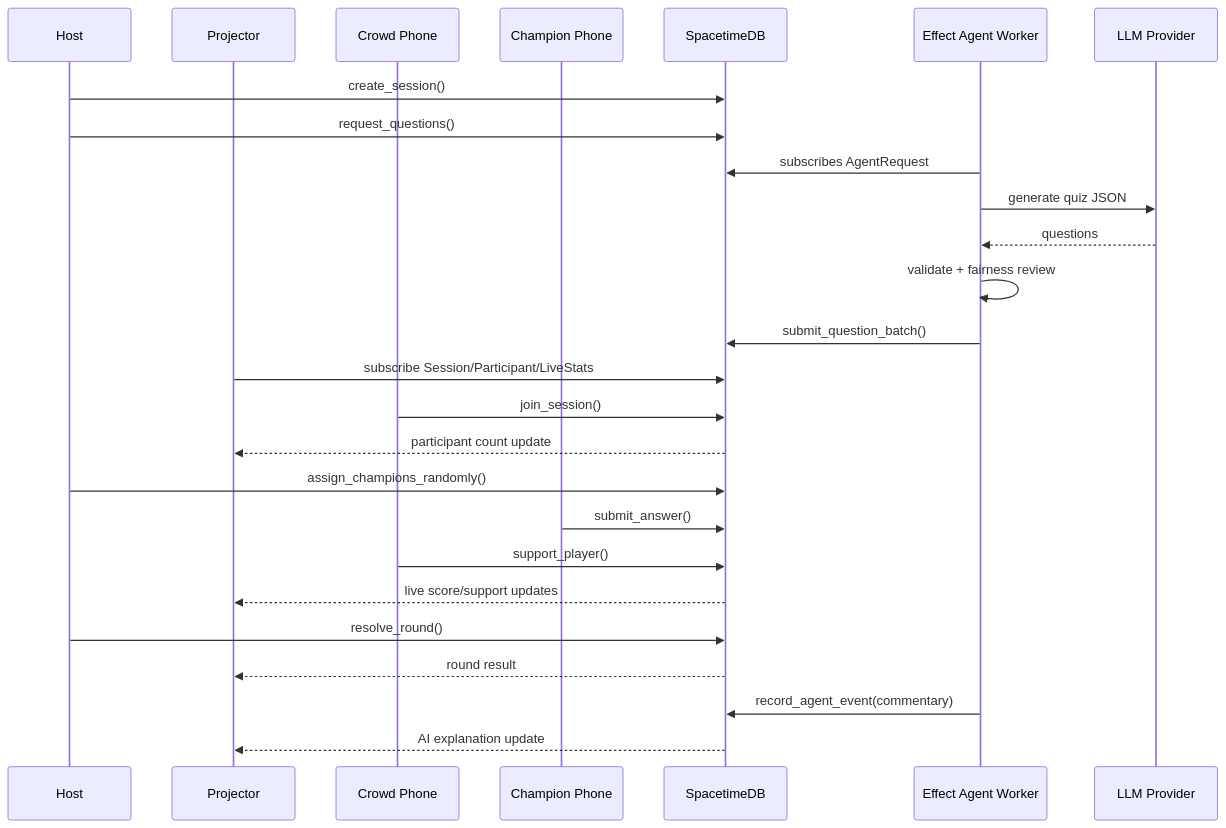
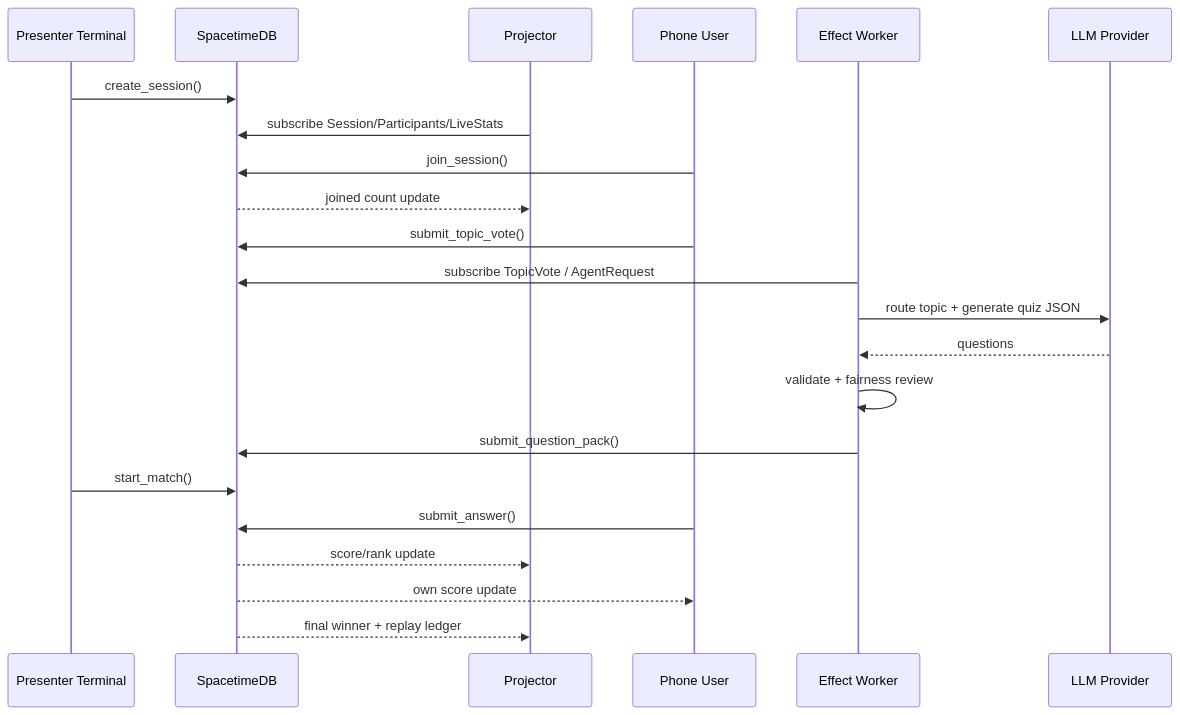
Before and after one commit to roshaninfordham/quizel: the second of 4 diagrams in docs/architecture.md, drawn with Mermaid. The commit also changed other lines of this file and 76 other files, not shown here.

Commit message:
Pivot to QuizRush Live tournament demo

````diff
--- a/docs/architecture.md
+++ b/docs/architecture.md
@@ -52,29 +30,25 @@
 ```mermaid
 sequenceDiagram
-    participant H as Host
+    participant Host as Presenter Terminal
+    participant DB as SpacetimeDB
     participant P as Projector
-    participant C as Crowd Phone
-    participant A as Champion Phone
-    participant DB as SpacetimeDB
-    participant W as Effect Agent Worker
+    participant U as Phone User
+    participant W as Effect Worker
     participant L as LLM Provider
 
-    H->>DB: create_session()
-    H->>DB: request_questions()
-    W->>DB: subscribes AgentRequest
-    W->>L: generate quiz JSON
+    Host->>DB: create_session()
+    P->>DB: subscribe Session/Participants/LiveStats
+    U->>DB: join_session()
+    DB-->>P: joined count update
+    U->>DB: submit_topic_vote()
+    W->>DB: subscribe TopicVote / AgentRequest
+    W->>L: route topic + generate quiz JSON
     L-->>W: questions
     W->>W: validate + fairness review
-    W->>DB: submit_question_batch()
-    P->>DB: subscribe Session/Participant/LiveStats
-    C->>DB: join_session()
-    DB-->>P: participant count update
-    H->>DB: assign_champions_randomly()
-    A->>DB: submit_answer()
-    C->>DB: support_player()
-    DB-->>P: live score/support updates
-    H->>DB: resolve_round()
-    DB-->>P: round result
-    W->>DB: record_agent_event(commentary)
-    DB-->>P: AI explanation update
+    W->>DB: submit_question_pack()
+    Host->>DB: start_match()
+    U->>DB: submit_answer()
+    DB-->>P: score/rank update
+    DB-->>U: own score update
+    DB-->>P: final winner + replay ledger
 ```
````
